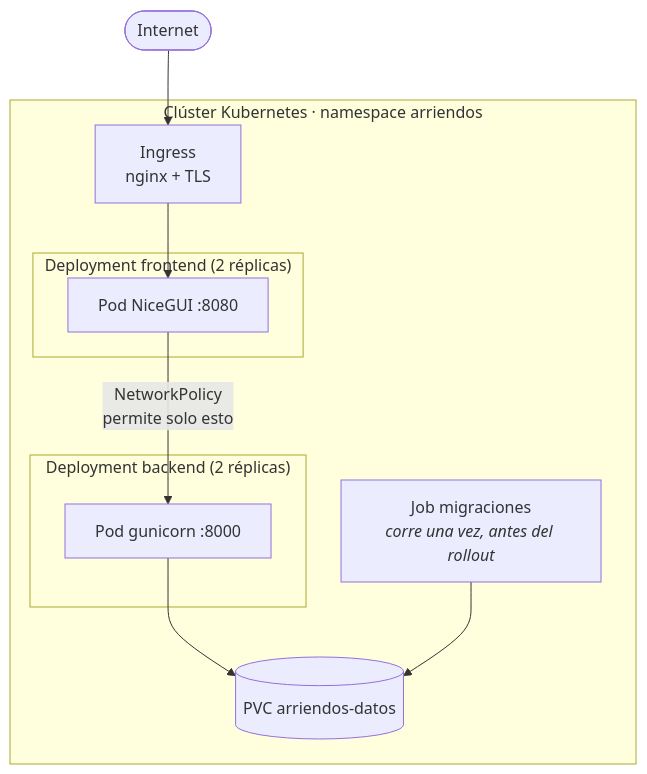
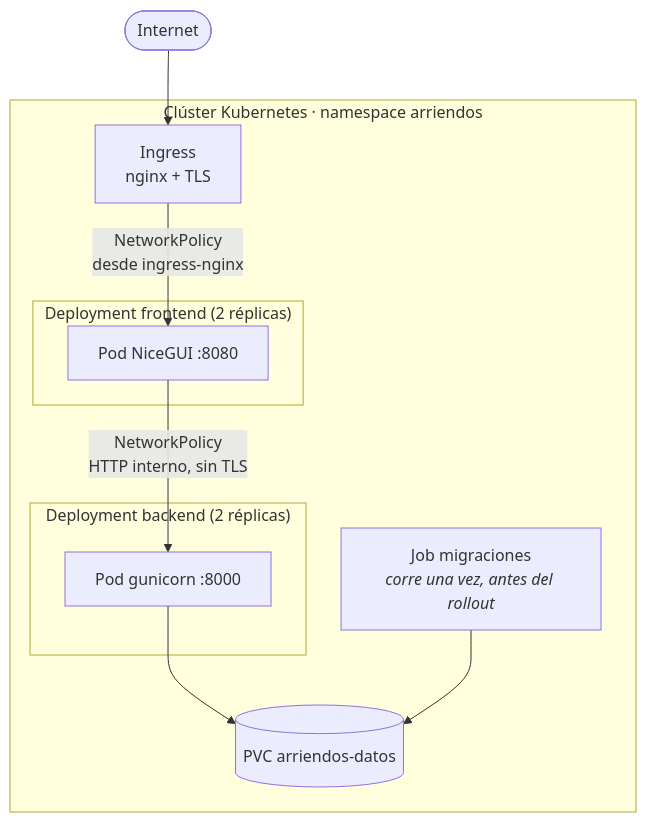
Before and after one commit to NicolasAndresCL/SistemaArriendoVehiculos: the seventh of 7 diagrams in docs/arquitectura.md, drawn with Mermaid. The commit also changed other lines of this file and 4 other files, not shown here.

````diff
--- a/docs/arquitectura.md
+++ b/docs/arquitectura.md
@@ -254,20 +254,20 @@
 ```mermaid
 flowchart TB
     subgraph Cluster["Clúster Kubernetes · namespace arriendos"]
         Ing["Ingress<br/>nginx + TLS"]
         subgraph F["Deployment frontend (2 réplicas)"]
             FP["Pod NiceGUI :8080"]
         end
         subgraph B["Deployment backend (2 réplicas)"]
             BP["Pod gunicorn :8000"]
         end
         Job["Job migraciones<br/><i>corre una vez, antes del rollout</i>"]
         PVC[("PVC arriendos-datos")]
     end
 
     Internet(["Internet"]) --> Ing
-    Ing --> FP
-    FP -->|"NetworkPolicy<br/>permite solo esto"| BP
+    Ing -->|"NetworkPolicy<br/>desde ingress-nginx"| FP
+    FP -->|"NetworkPolicy<br/>HTTP interno, sin TLS"| BP
     BP --> PVC
     Job --> PVC
 ```
````
